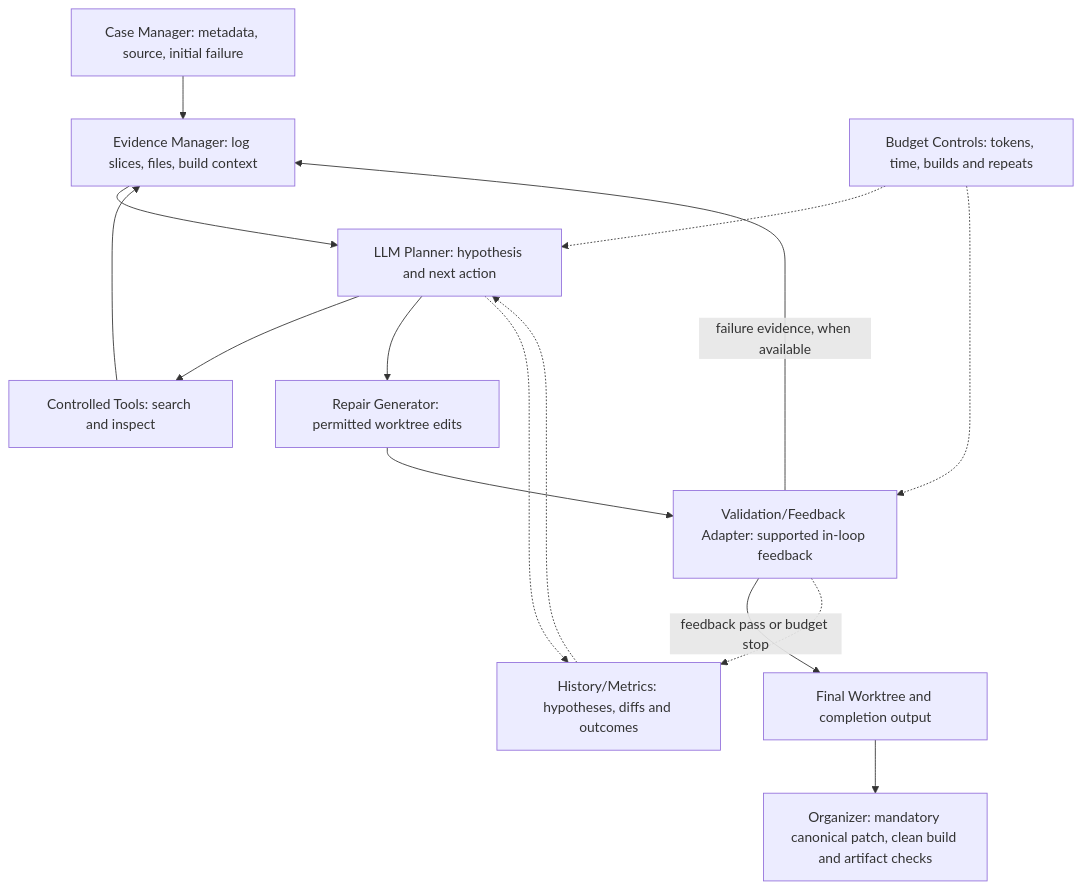
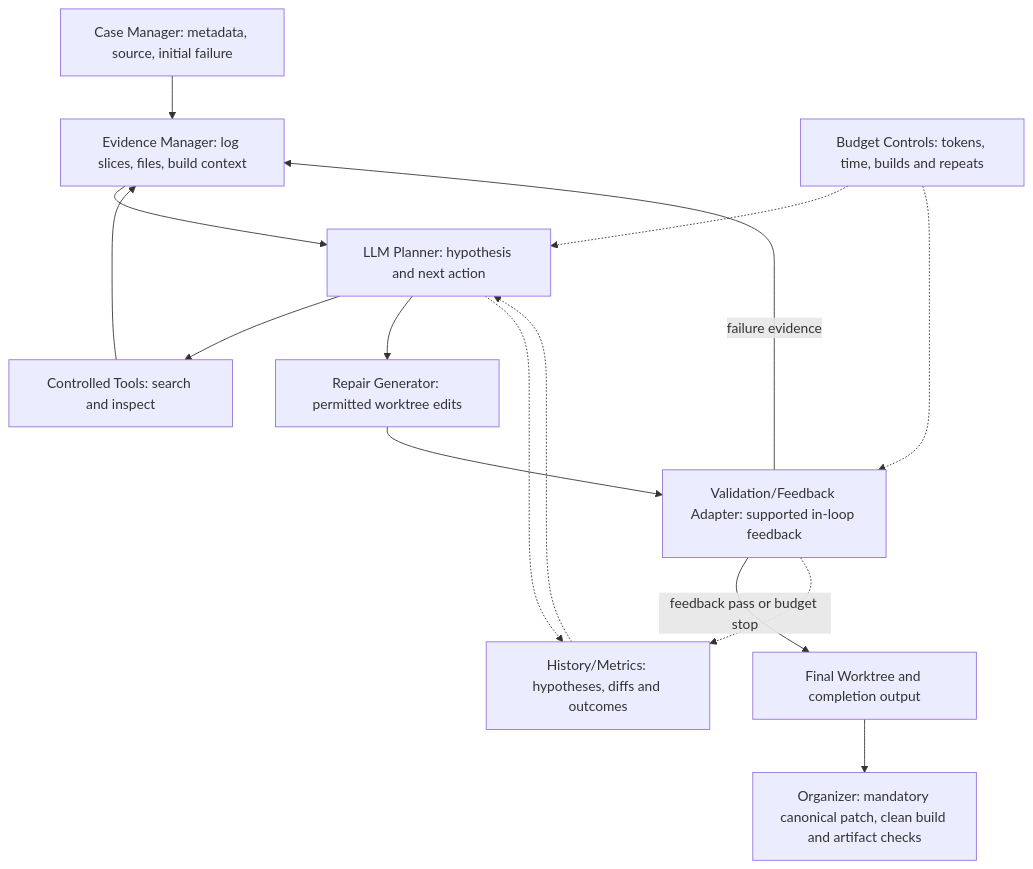
One commit to ec528-fall26/build-bench changed the diagram in docs/design-proposal.md. Above: the diagram before and after it, drawn with Mermaid. The commit also changed other lines of this file and 1 other file, not shown here.

````diff
--- a/docs/design-proposal.md
+++ b/docs/design-proposal.md
@@ -37,17 +37,17 @@
 ```mermaid
 flowchart TD
     C[Case Manager: metadata, source, initial failure] --> E[Evidence Manager: log slices, files, build context]
     E --> P[LLM Planner: hypothesis and next action]
     P --> T[Controlled Tools: search and inspect]
     T --> E
     P --> R[Repair Generator: permitted worktree edits]
     R --> V[Validation/Feedback Adapter: supported in-loop feedback]
-    V -->|failure evidence, when available| E
+    V -->|failure evidence| E
     V -->|feedback pass or budget stop| F[Final Worktree and completion output]
     F --> O[Organizer: mandatory canonical patch, clean build and artifact checks]
     H[History/Metrics: hypotheses, diffs and outcomes] -.-> P
     P -.-> H
     V -.-> H
     B[Budget Controls: tokens, time, builds and repeats] -.-> P
     B -.-> V
 ```
````
